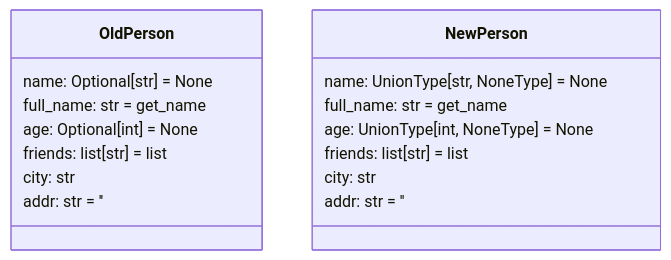
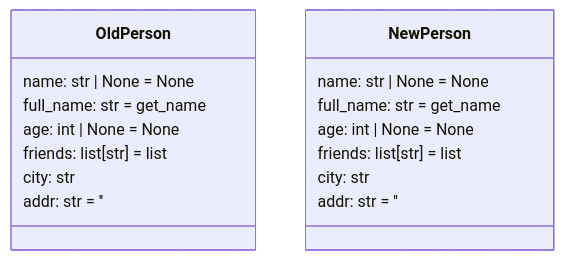
One commit to EricWebsmith/pydantic-2-mermaid changed the diagram in tests/mock/py310/show_optional.md. Above: the diagram before and after it, drawn with Mermaid. The commit also changed 13 other files, not shown here.

````diff
--- a/tests/mock/py310/show_optional.md
+++ b/tests/mock/py310/show_optional.md
@@ -1,24 +1,24 @@
 ```mermaid
 classDiagram
 
     class OldPerson {
-        name: Optional[str] = None
+        name: str | None = None
         full_name: str = get_name
-        age: Optional[int] = None
+        age: int | None = None
         friends: list[str] = list
         city: str
         addr: str = ''
     }
 
     class NewPerson {
-        name: UnionType[str, NoneType] = None
+        name: str | None = None
         full_name: str = get_name
-        age: UnionType[int, NoneType] = None
+        age: int | None = None
         friends: list[str] = list
         city: str
         addr: str = ''
     }
 
 
 
 ```
````
